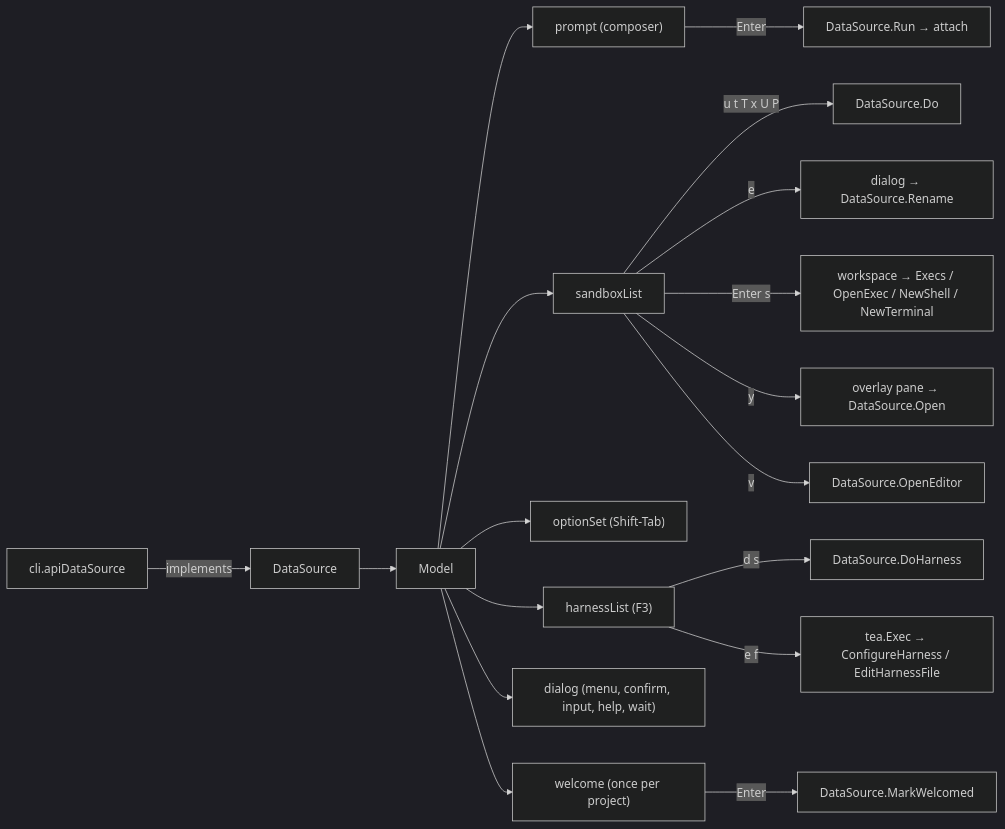
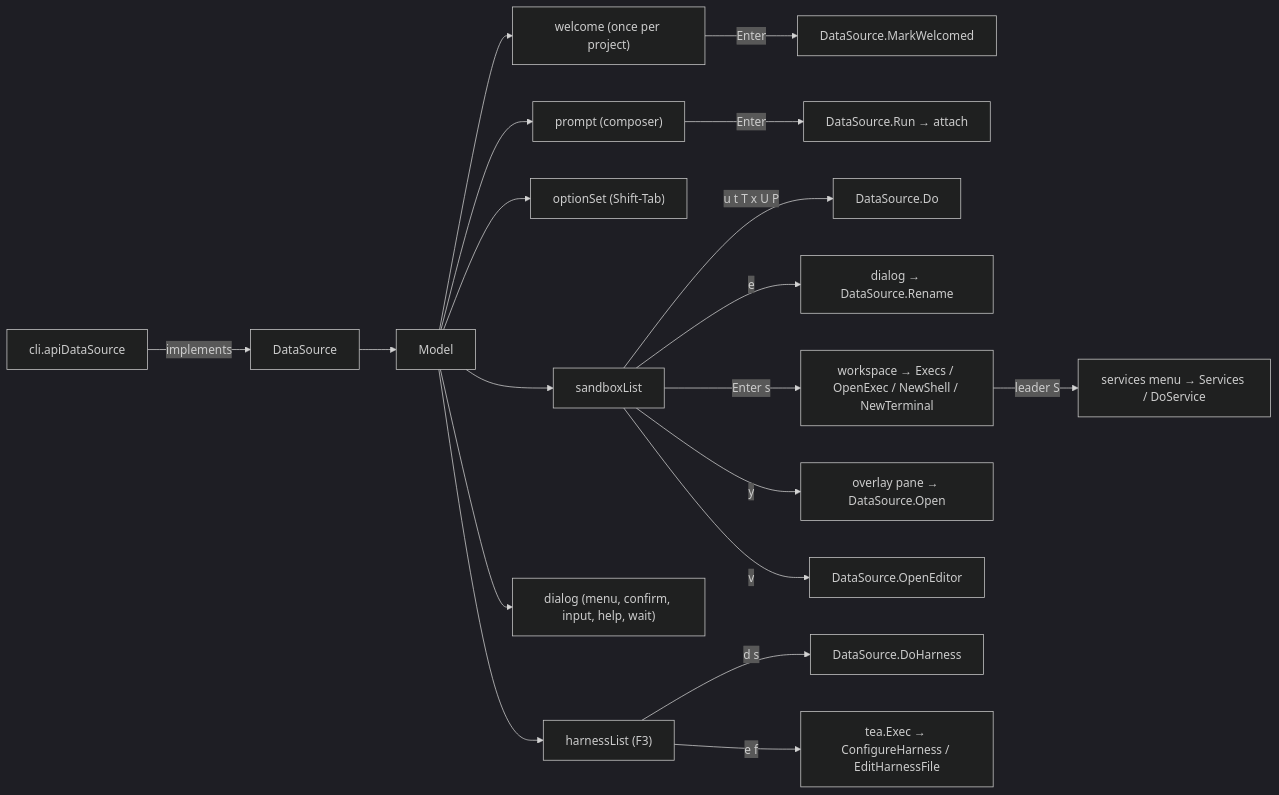
Before and after one commit to discobox-ai/discobox: the diagram in cli/internal/tui/DESIGN.md, drawn with Mermaid (dark theme). The commit also changed other lines of this file and 12 other files, not shown here.

````diff
--- a/cli/internal/tui/DESIGN.md
+++ b/cli/internal/tui/DESIGN.md
@@ -13,20 +13,21 @@
 ```mermaid
 flowchart LR
     CLI["cli.apiDataSource"] -->|implements| DS["DataSource"]
     DS --> M["Model"]
     M --> P["prompt (composer)"]
     M --> L["sandboxList"]
     M --> O["optionSet (Shift-Tab)"]
     M --> A["harnessList (F3)"]
     M --> D["dialog (menu, confirm, input, help, wait)"]
     M --> W["welcome (once per project)"]
     W -->|Enter| MW["DataSource.MarkWelcomed"]
     P -->|Enter| Run["DataSource.Run → attach"]
     L -->|u t T x U P| Verb["DataSource.Do"]
     L -->|e| Rename["dialog → DataSource.Rename"]
     L -->|Enter s| WS["workspace → Execs / OpenExec / NewShell / NewTerminal"]
+    WS -->|leader S| Svc["services menu → Services / DoService"]
     L -->|y| Overlay["overlay pane → DataSource.Open"]
     L -->|v| Editor["DataSource.OpenEditor"]
     A -->|d s| AVerb["DataSource.DoHarness"]
     A -->|e f| AExec["tea.Exec → ConfigureHarness / EditHarnessFile"]
 ```
````
